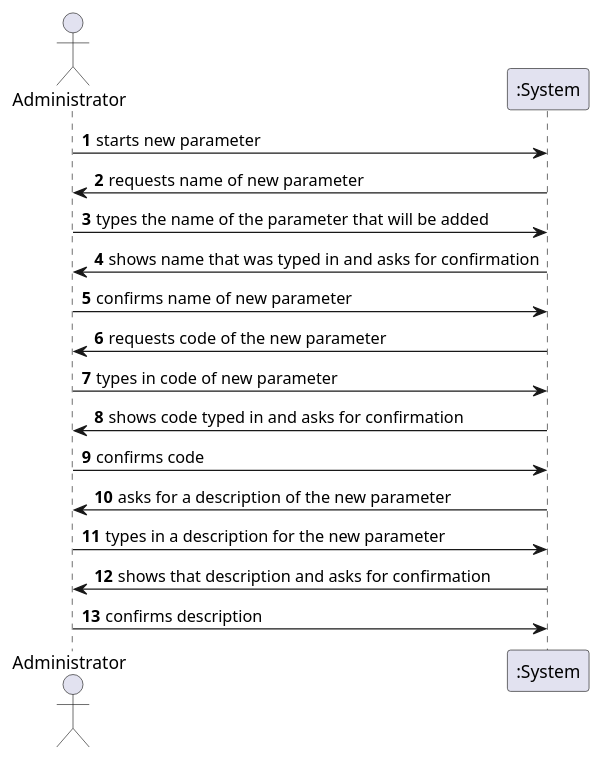
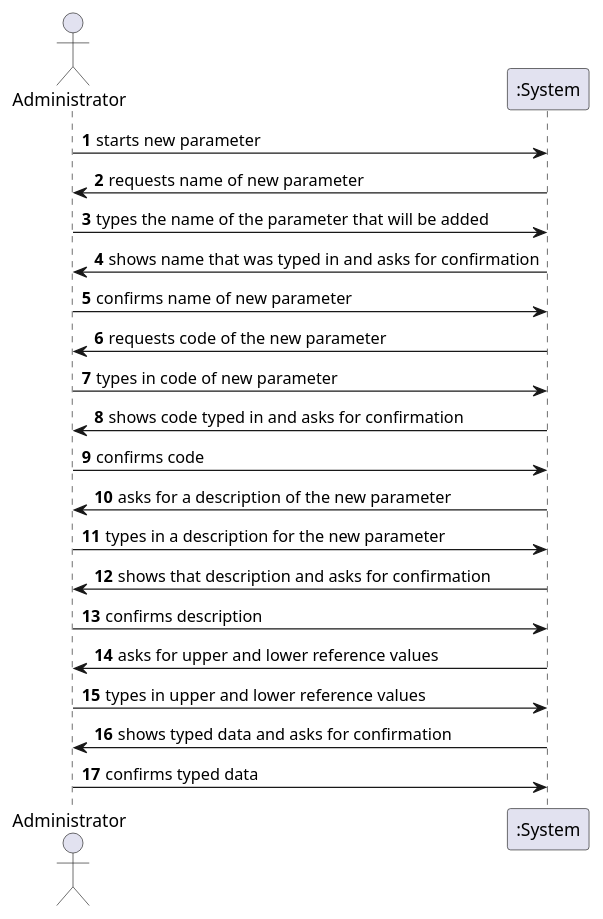
Before and after one commit to MadDinosaur/ISEP-LAPR2: the diagram in docs/SprintB/US10/US10_SSD.puml, drawn with PlantUML. The commit also changed 4 other files, not shown here.

Commit message:
Updated Engineering requirements and Sequence diagram

```diff
--- a/docs/SprintB/US10/US10_SSD.puml
+++ b/docs/SprintB/US10/US10_SSD.puml
@@ -1,21 +1,25 @@
 @startuml
 
 autonumber
 
 actor Administrator
 
 Administrator -> ":System": starts new parameter
 ":System" -> Administrator: requests name of new parameter
 Administrator -> ":System": types the name of the parameter that will be added
 ":System" -> Administrator: shows name that was typed in and asks for confirmation
 Administrator -> ":System": confirms name of new parameter
 ":System" -> Administrator: requests code of the new parameter
 Administrator -> ":System": types in code of new parameter
 ":System" -> Administrator: shows code typed in and asks for confirmation
 Administrator -> ":System": confirms code
 ":System" -> Administrator: asks for a description of the new parameter
 Administrator -> ":System": types in a description for the new parameter
 ":System" -> Administrator: shows that description and asks for confirmation
 Administrator -> ":System": confirms description
+":System" -> Administrator: asks for upper and lower reference values
+Administrator -> ":System": types in upper and lower reference values
+":System" -> Administrator: shows typed data and asks for confirmation
+Administrator -> ":System": confirms typed data
 
 @enduml
```
